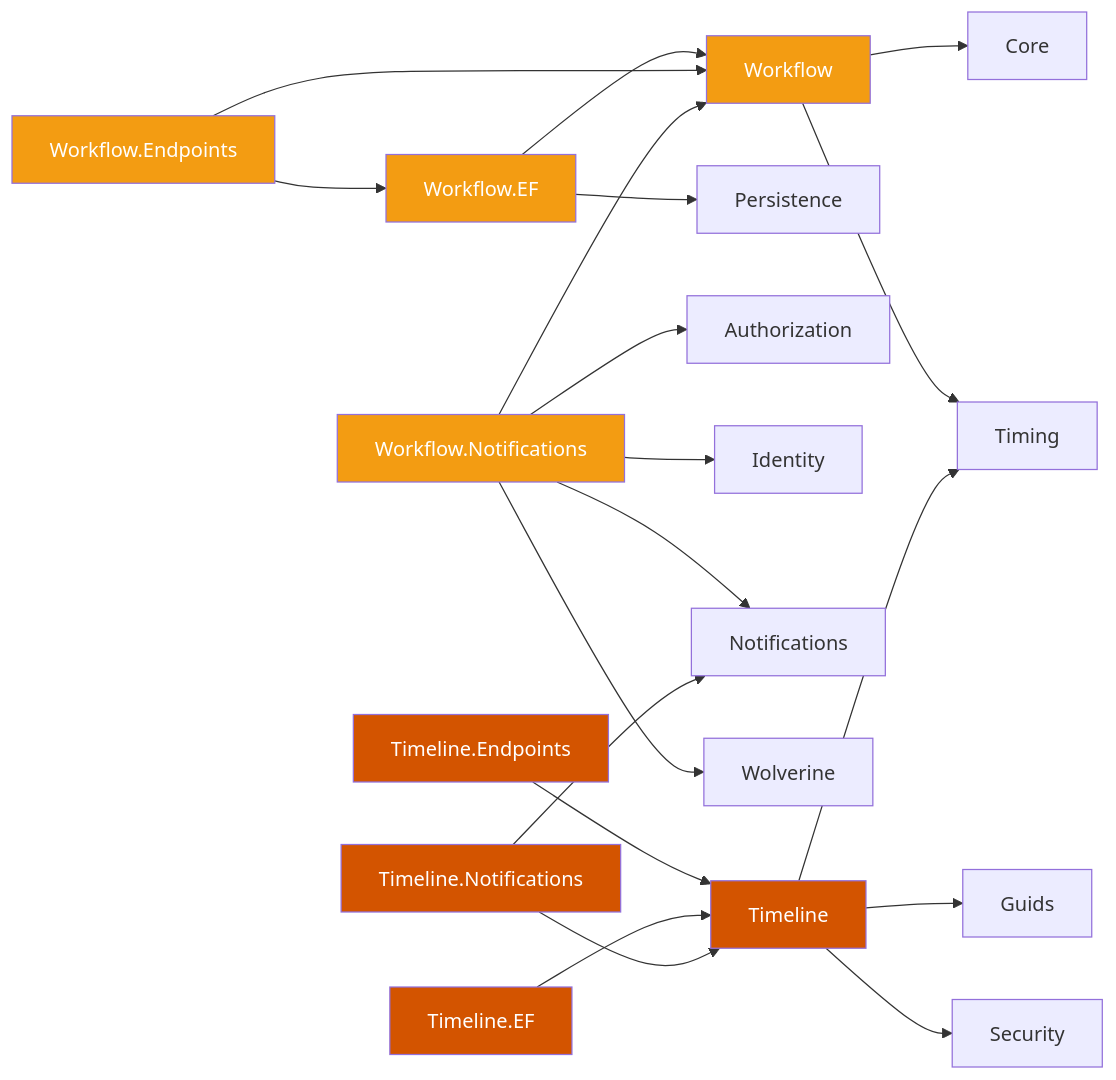
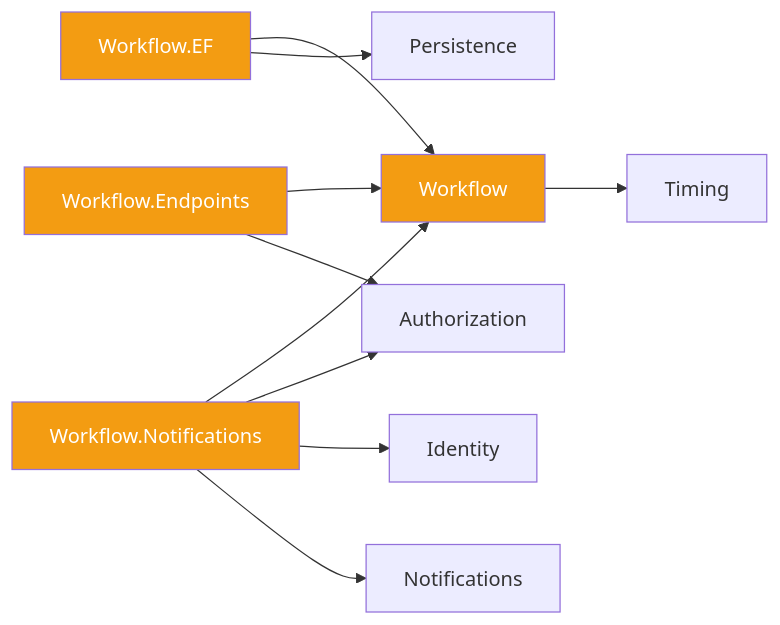
The sixth of 7 diagrams in docs/framework/dependencies.md (enraiz/granit-dotnet), drawn with Mermaid before and after one commit. The commit also changed other lines of this file and 66 other files, not shown here.

````diff
--- a/docs/framework/dependencies.md
+++ b/docs/framework/dependencies.md
@@ -292,36 +284,20 @@
 ```mermaid
 flowchart LR
-    WF["Workflow"] --> CORE["Core"]
-    WF --> TIMING["Timing"]
+    WF["Workflow"] --> TIMING["Timing"]
 
     WF_EF["Workflow.EF"] --> WF
     WF_EF --> PERS["Persistence"]
 
     WF_EP["Workflow.Endpoints"] --> WF
-    WF_EP --> WF_EF
+    WF_EP --> AUTHZ["Authorization"]
 
     WF_NOTIF["Workflow.Notifications"] --> WF
     WF_NOTIF --> AUTHZ["Authorization"]
     WF_NOTIF --> IDENT["Identity"]
     WF_NOTIF --> NOTIF["Notifications"]
-    WF_NOTIF --> WOL["Wolverine"]
-
-    TL["Timeline"] --> GUIDS["Guids"]
-    TL --> SEC["Security"]
-    TL --> TIMING
-
-    TL_EP["Timeline.Endpoints"] --> TL
-    TL_EF["Timeline.EF"] --> TL
-
-    TL_NOTIF["Timeline.Notifications"] --> TL
-    TL_NOTIF --> NOTIF
 
     style WF fill:#f39c12,color:#fff
     style WF_EF fill:#f39c12,color:#fff
     style WF_EP fill:#f39c12,color:#fff
     style WF_NOTIF fill:#f39c12,color:#fff
-    style TL fill:#d35400,color:#fff
-    style TL_EP fill:#d35400,color:#fff
-    style TL_EF fill:#d35400,color:#fff
-    style TL_NOTIF fill:#d35400,color:#fff
 ```
````
